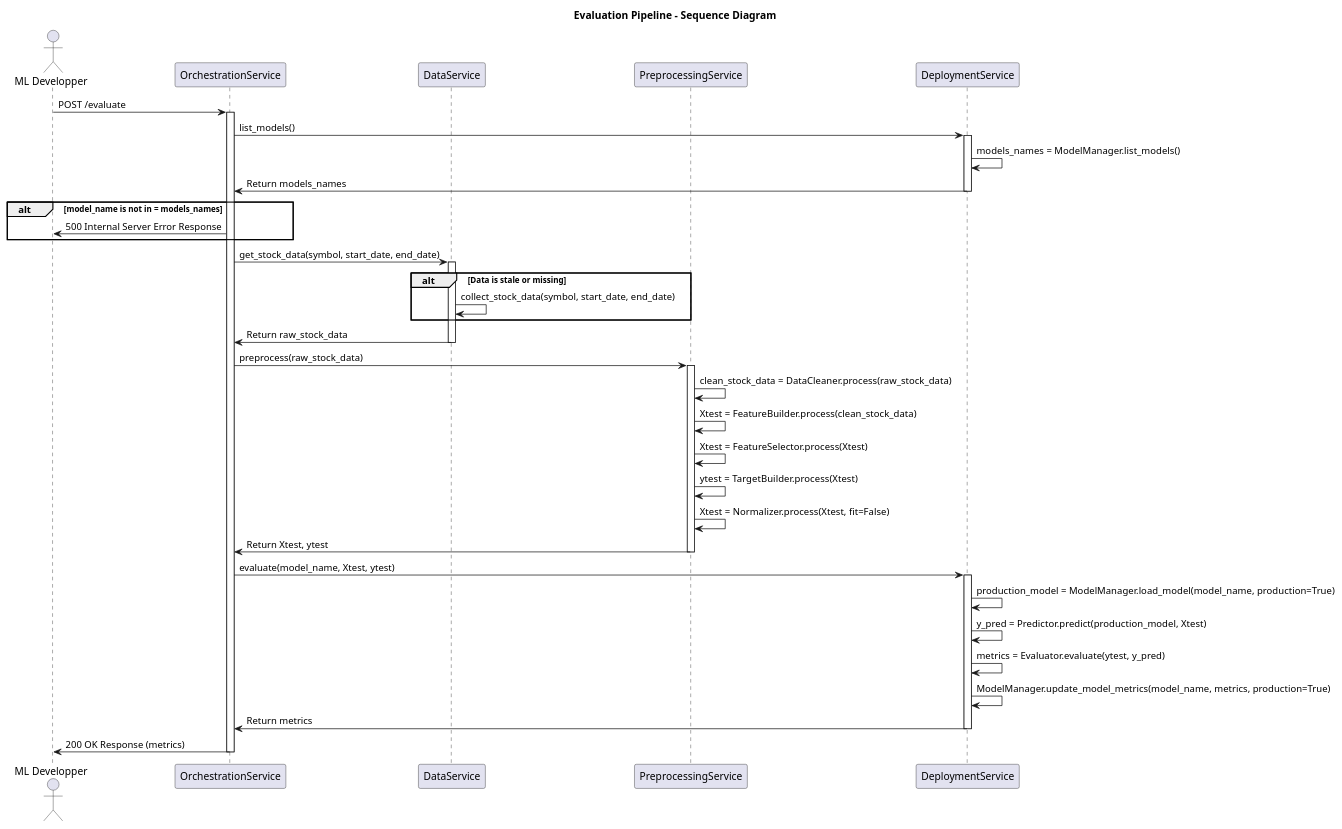
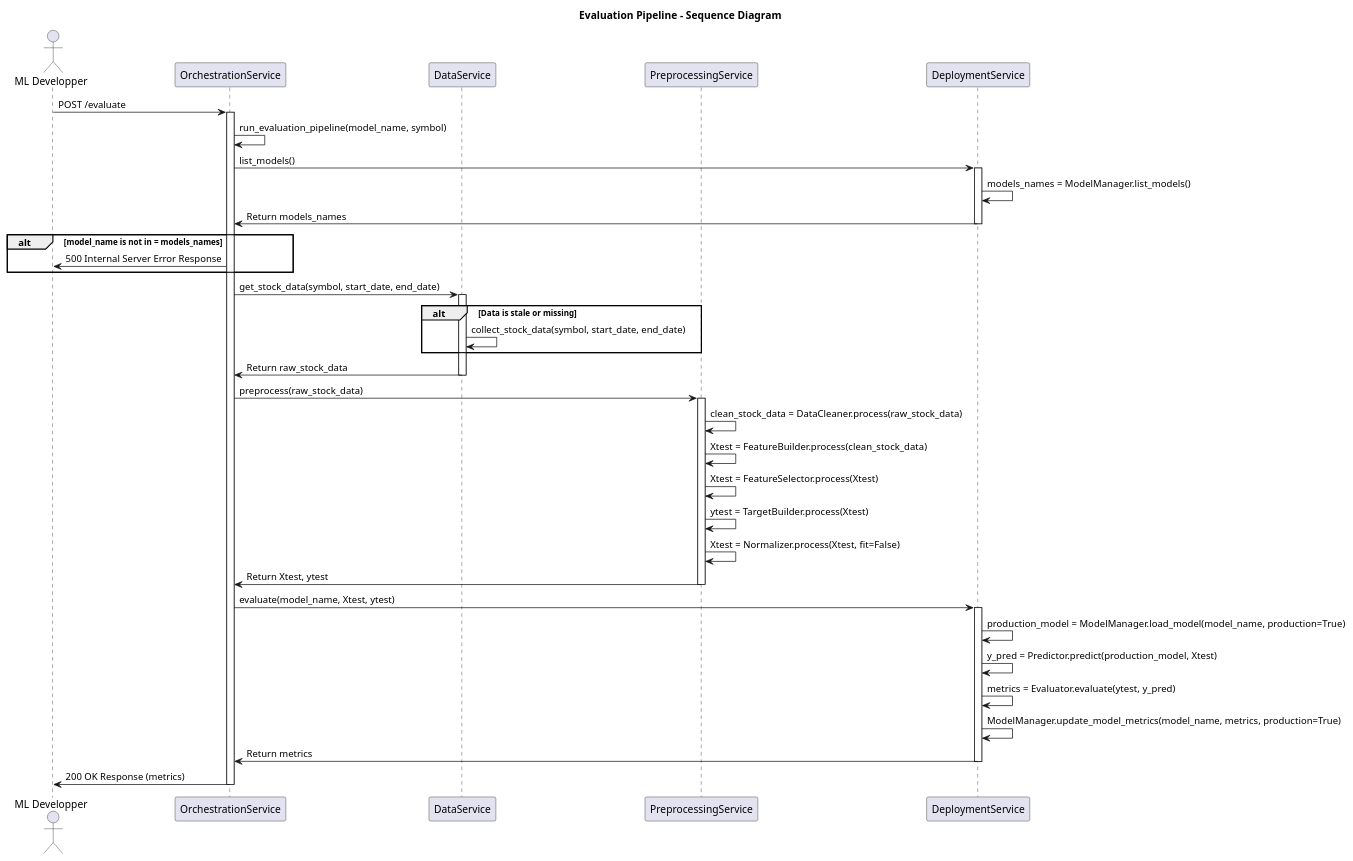
One commit to LOG795-PFE031/stock-ai_pfe031 changed the diagram in docs/monolith/Evaluation_Pipeline_Sequence_Diagram.puml. Above: the diagram before and after it, drawn with PlantUML. The commit also changed 3 other files, not shown here.

Commit message:
Args added to diagram + Monitoring classes added (Docs)

```diff
--- a/docs/monolith/Evaluation_Pipeline_Sequence_Diagram.puml
+++ b/docs/monolith/Evaluation_Pipeline_Sequence_Diagram.puml
@@ -1,60 +1,60 @@
 @startuml
 
 title Evaluation Pipeline - Sequence Diagram
 
 Actor "ML Developper" as User
 participant OrchestrationService
 participant DataService
 participant PreprocessingService
 participant DeploymentService
 
 
 User -> OrchestrationService : POST /evaluate
 activate OrchestrationService
 
-
+OrchestrationService -> OrchestrationService : run_evaluation_pipeline(model_name, symbol)
 OrchestrationService -> DeploymentService : list_models()
 activate DeploymentService
 DeploymentService -> DeploymentService : models_names = ModelManager.list_models()
 DeploymentService -> OrchestrationService : Return models_names
 deactivate DeploymentService
 
 alt model_name is not in = models_names
     OrchestrationService -> User : 500 Internal Server Error Response
 end
 
 
 OrchestrationService -> DataService : get_stock_data(symbol, start_date, end_date)
 activate DataService
 
 alt Data is stale or missing
     DataService -> DataService : collect_stock_data(symbol, start_date, end_date)
 end
 DataService -> OrchestrationService : Return raw_stock_data
 deactivate DataService
 
 OrchestrationService -> PreprocessingService : preprocess(raw_stock_data)
 activate PreprocessingService
 PreprocessingService -> PreprocessingService : clean_stock_data = DataCleaner.process(raw_stock_data)
 PreprocessingService -> PreprocessingService : Xtest = FeatureBuilder.process(clean_stock_data)
 PreprocessingService -> PreprocessingService : Xtest = FeatureSelector.process(Xtest)
 PreprocessingService -> PreprocessingService : ytest = TargetBuilder.process(Xtest)
 PreprocessingService -> PreprocessingService : Xtest = Normalizer.process(Xtest, fit=False)
 PreprocessingService -> OrchestrationService : Return Xtest, ytest
 deactivate PreprocessingService
 
 OrchestrationService -> DeploymentService : evaluate(model_name, Xtest, ytest)
 activate DeploymentService
 
 DeploymentService -> DeploymentService : production_model = ModelManager.load_model(model_name, production=True)
 DeploymentService -> DeploymentService : y_pred = Predictor.predict(production_model, Xtest)
 DeploymentService -> DeploymentService : metrics = Evaluator.evaluate(ytest, y_pred)
 DeploymentService -> DeploymentService : ModelManager.update_model_metrics(model_name, metrics, production=True)
 
 DeploymentService -> OrchestrationService : Return metrics
 deactivate DeploymentService
 
 OrchestrationService -> User : 200 OK Response (metrics)
 deactivate OrchestrationService
 
 @enduml
```
